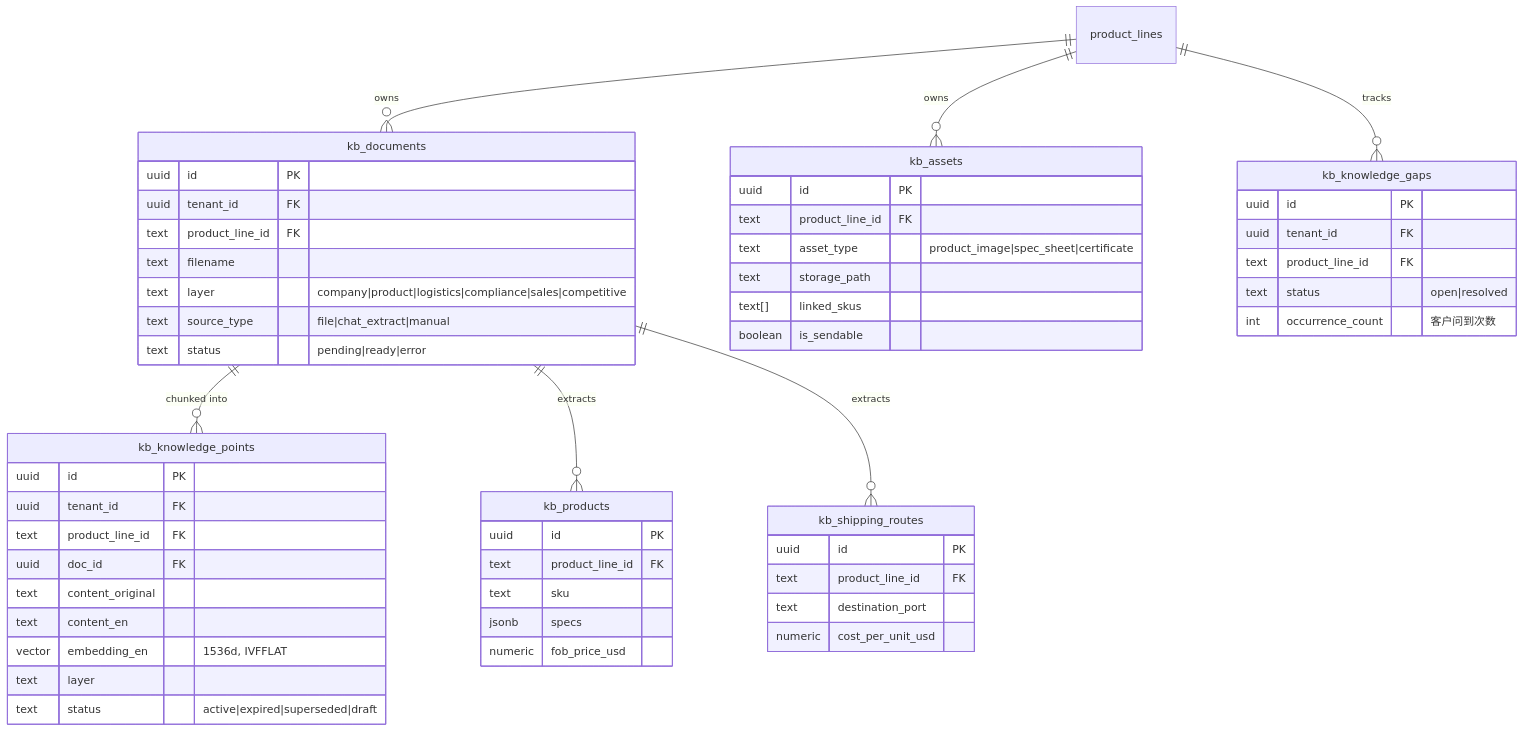
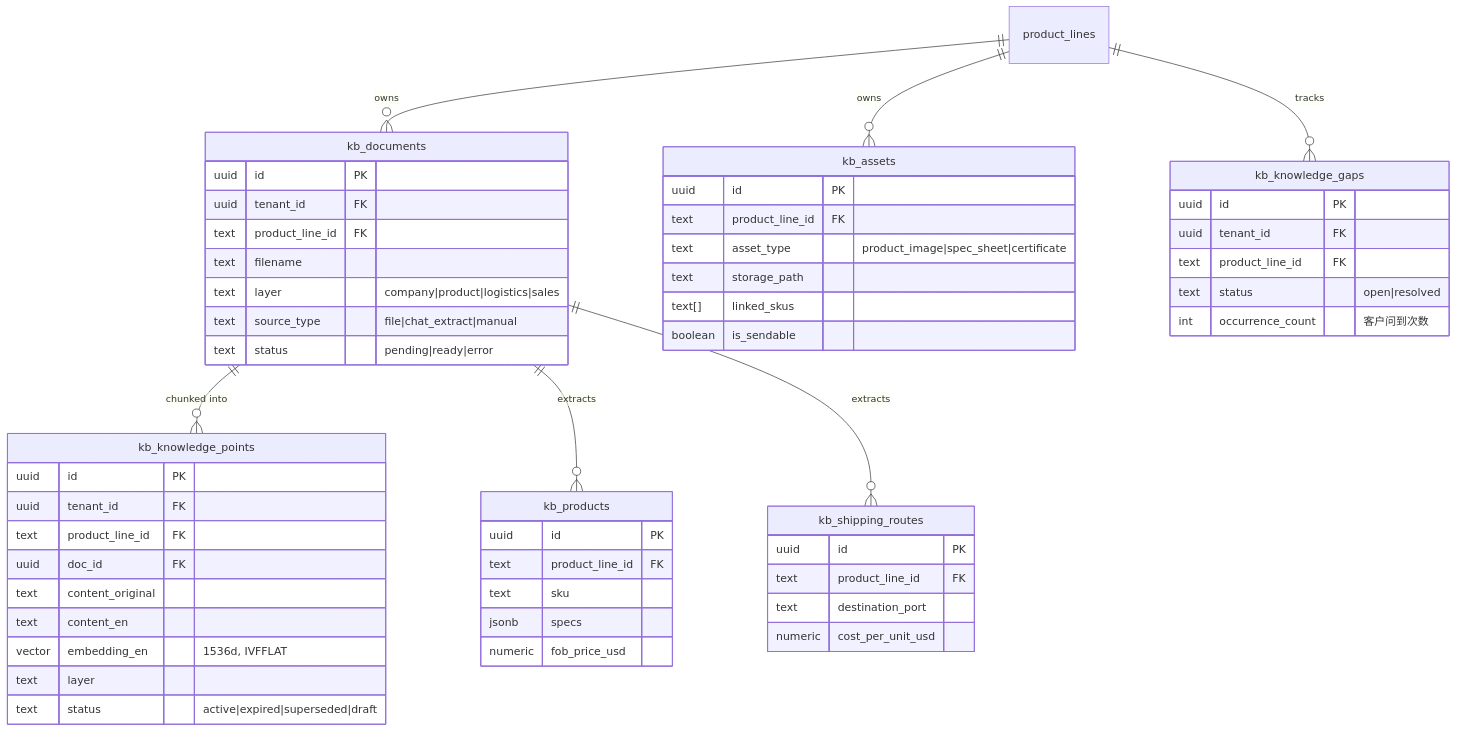
The fourth of 8 diagrams in README.md (Sciiaok/xuqiu-bot), drawn with Mermaid before and after one commit. The commit also changed 19 other files, not shown here.

First line of the commit message:
refactor(kb): 知识库分类瘦身到四层 + 放宽录入 schema + 抽取并行加速 (#54)

````diff
--- a/README.md
+++ b/README.md
@@ -381,58 +381,58 @@
 ```mermaid
 erDiagram
   product_lines ||--o{ kb_documents : "owns"
   kb_documents ||--o{ kb_knowledge_points : "chunked into"
   kb_documents ||--o{ kb_products : "extracts"
   kb_documents ||--o{ kb_shipping_routes : "extracts"
   product_lines ||--o{ kb_assets : "owns"
   product_lines ||--o{ kb_knowledge_gaps : "tracks"
 
   kb_documents {
     uuid id PK
     uuid tenant_id FK
     text product_line_id FK
     text filename
-    text layer "company|product|logistics|compliance|sales|competitive"
+    text layer "company|product|logistics|sales"
     text source_type "file|chat_extract|manual"
     text status "pending|ready|error"
   }
   kb_knowledge_points {
     uuid id PK
     uuid tenant_id FK
     text product_line_id FK
     uuid doc_id FK
     text content_original
     text content_en
     vector embedding_en "1536d, IVFFLAT"
     text layer
     text status "active|expired|superseded|draft"
   }
   kb_products {
     uuid id PK
     text product_line_id FK
     text sku
     jsonb specs
     numeric fob_price_usd
   }
   kb_assets {
     uuid id PK
     text product_line_id FK
     text asset_type "product_image|spec_sheet|certificate"
     text storage_path
     text[] linked_skus
     boolean is_sendable
   }
   kb_shipping_routes {
     uuid id PK
     text product_line_id FK
     text destination_port
     numeric cost_per_unit_usd
   }
   kb_knowledge_gaps {
     uuid id PK
     uuid tenant_id FK
     text product_line_id FK
     text status "open|resolved"
     int occurrence_count "客户问到次数"
   }
 ```
````
